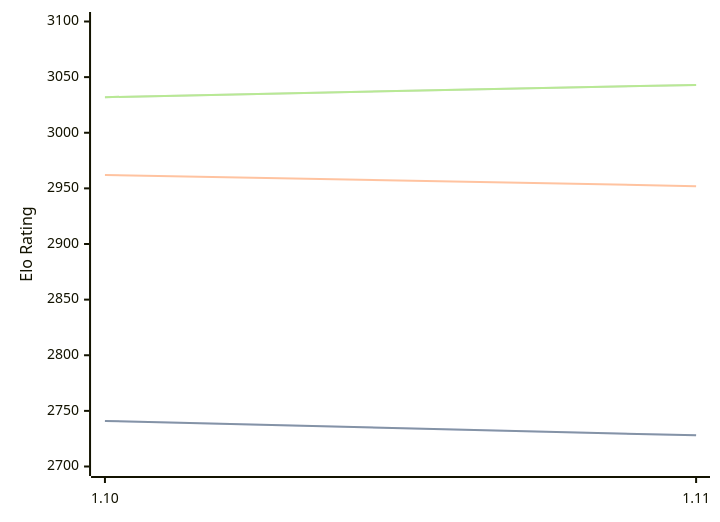
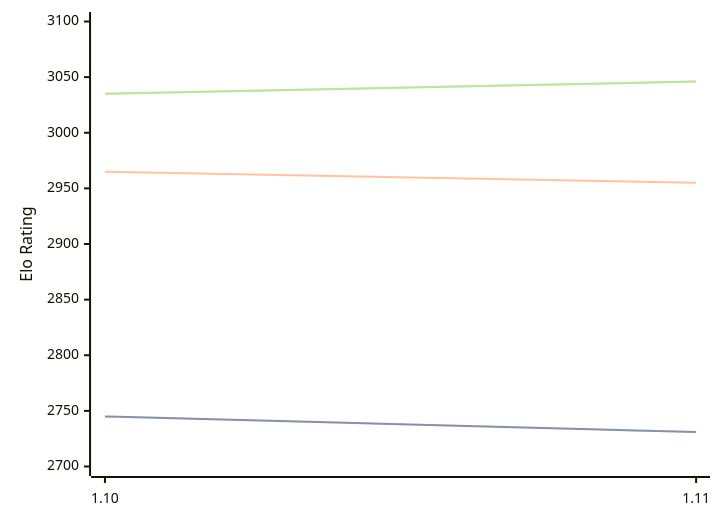
The diagram in engines/Roc.md (computer-chess-index/cci), drawn with Mermaid before and after one commit. The commit also changed other lines of this file, not shown here.

Commit message:
Update CCI Ratings (ELO VLTC) - 2026-09-24

````diff
--- a/engines/Roc.md
+++ b/engines/Roc.md
@@ -42,11 +42,11 @@
 ```mermaid
 %%{init: {"theme":"base","themeVariables":{"seriesColors:['#a3a3a3','#222221','#faa371']}}}%%
 xychart-beta
   x-axis ["1.10", "1.11"]
   y-axis "Elo Rating" 2700 --> 3100
-  line "" [2741, 2728]
-  line "STC (8.0+0.08s)" [2741, 2728]
-  line "LTC (60.0+0.60s)" [2962, 2952]
-  line "" [3032, 3043]
-  line "VLTC (2m24s+1.12s)" [3032, 3043]
+  line "" [2745, 2731]
+  line "STC (8.0+0.08s)" [2745, 2731]
+  line "LTC (60.0+0.60s)" [2965, 2955]
+  line "" [3035, 3046]
+  line "VLTC (2m24s+1.12s)" [3035, 3046]
 ```
````
